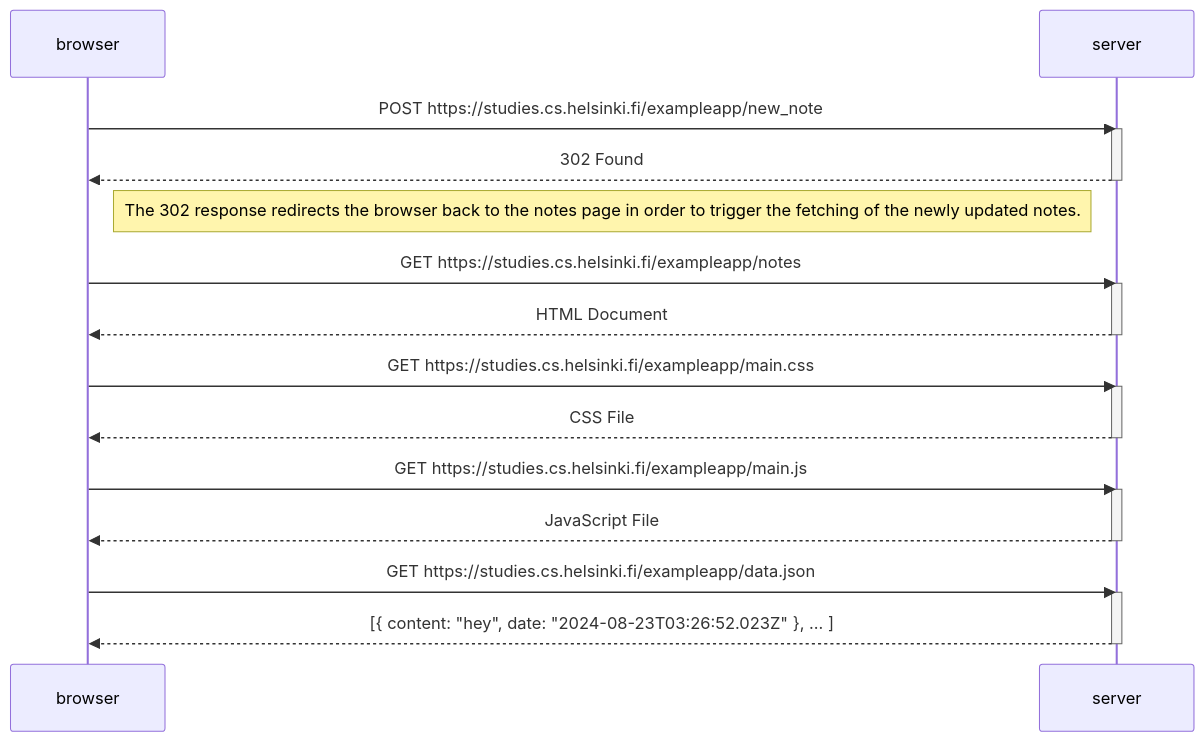
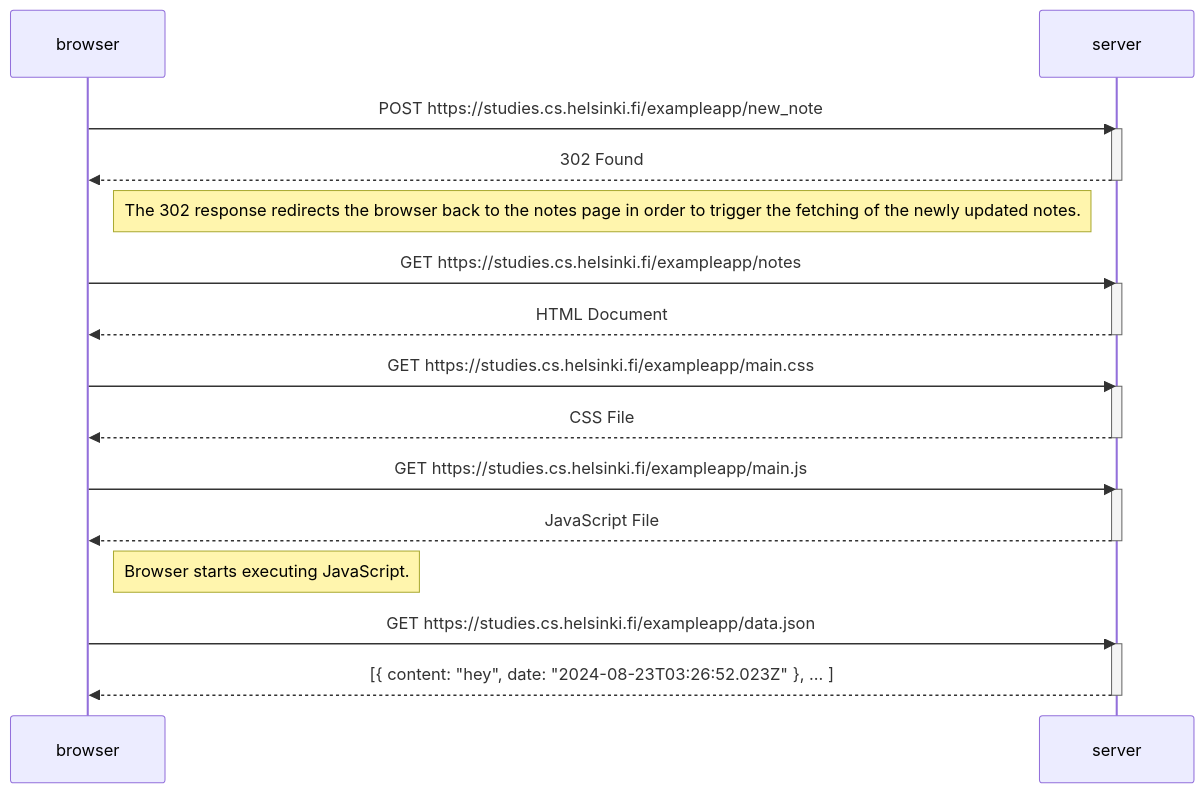
One commit to Parsakaali93/FSO_Osa_0 changed the diagram in ex0-4.md. Above: the diagram before and after it, drawn with Mermaid. The commit also changed 1 other file, not shown here.

Commit message:
more clarifications and typo fix

````diff
--- a/ex0-4.md
+++ b/ex0-4.md
@@ -1,32 +1,34 @@
 ```mermaid
 sequenceDiagram
     participant browser
     participant server
 
 	browser->>server: POST https://studies.cs.helsinki.fi/exampleapp/new_note
     activate server
     server-->>browser: 302 Found
     deactivate server
 	
 	Note right of browser: The 302 response redirects the browser back to the notes page in order to trigger the fetching of the newly updated notes.
 	
 	browser->>server: GET https://studies.cs.helsinki.fi/exampleapp/notes
     activate server
     server-->>browser: HTML Document
     deactivate server
 	
 	browser->>server: GET https://studies.cs.helsinki.fi/exampleapp/main.css
     activate server
     server-->>browser: CSS File
     deactivate server
 
     browser->>server: GET https://studies.cs.helsinki.fi/exampleapp/main.js
     activate server
     server-->>browser: JavaScript File
     deactivate server
 	
+	Note right of browser: Browser starts executing JavaScript.
+	
 	browser->>server: GET https://studies.cs.helsinki.fi/exampleapp/data.json
     activate server
     server-->>browser: [{ content: "hey", date: "2024-08-23T03:26:52.023Z" }, ... ]
     deactivate server
 ```
````
